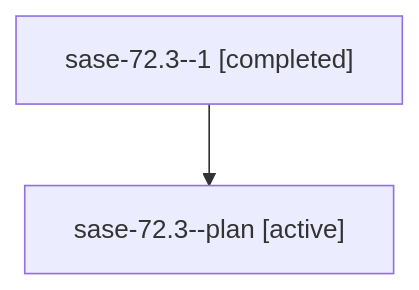
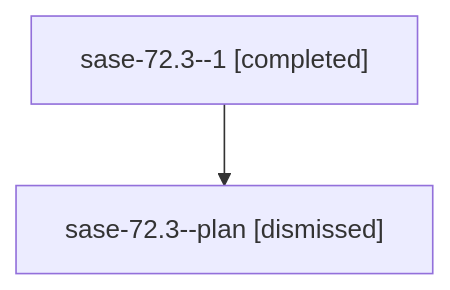
One commit to sase-org/sase--agents changed the diagram in sessions/bbugyi200.athena.sase-72.3.md. Above: the diagram before and after it, drawn with Mermaid. The commit also changed other lines of this file and 57 other files, not shown here.

````diff
--- a/sessions/bbugyi200.athena.sase-72.3.md
+++ b/sessions/bbugyi200.athena.sase-72.3.md
@@ -9,6 +9,6 @@
 ```mermaid
 flowchart TD
   n0["sase-72.3--1 [completed]"]
-  n1["sase-72.3--plan [active]"]
+  n1["sase-72.3--plan [dismissed]"]
   n0 --> n1
 ```
````
